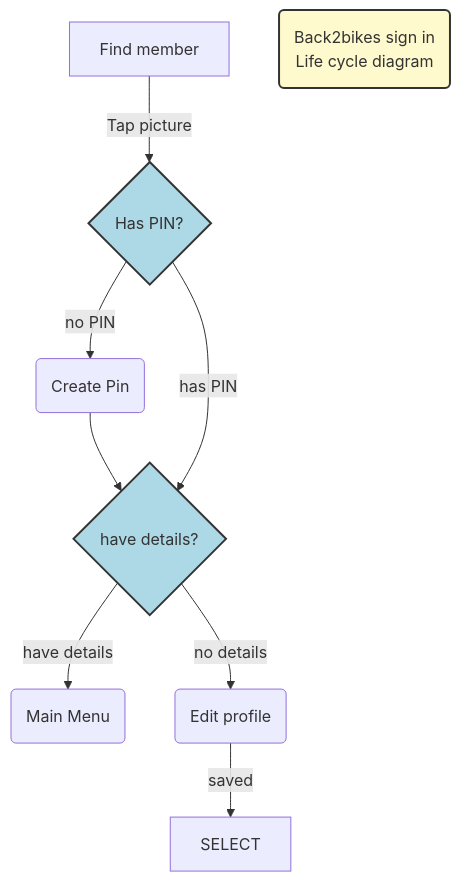
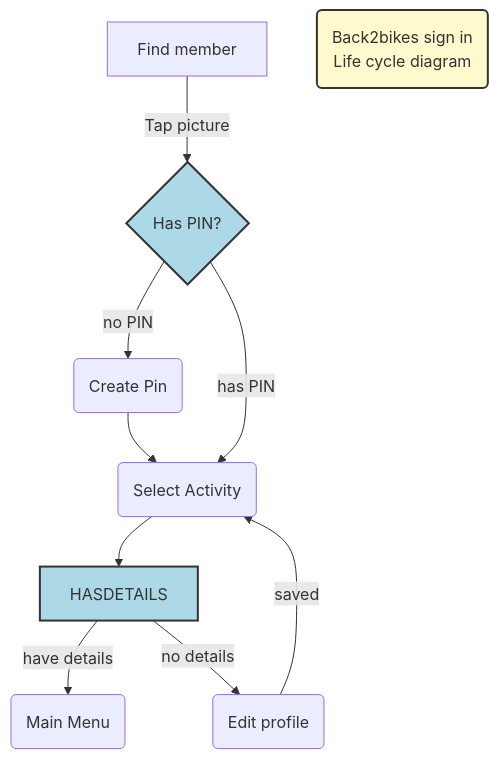
Before and after one commit to Back2Dev/attendance: the diagram in docs/design/login-flow.md, drawn with Mermaid. The commit also changed other lines of this file, not shown here.

Commit message:
docs/design/login-flow.md updated from https://stackedit.io/

````diff
--- a/docs/design/login-flow.md
+++ b/docs/design/login-flow.md
@@ -3,17 +3,18 @@
 ```mermaid
 graph TD
 classDef green fill:#9f6,stroke:#333,stroke-width:2px
 class A green
 AA[Find member] -- Tap picture --> HASPIN{Has PIN?}
 HASPIN -- no PIN --> CP(Create Pin)
-CP --> HASDETAILS{have details?}
+CP --> SELECT(Select Activity)
+SELECT --> HASDETAILS
 HASDETAILS -- have details --> RETURN(Main Menu)
 HASDETAILS -- no details --> EDIT(Edit profile)
-HASPIN -- has PIN --> HASDETAILS
+HASPIN -- has PIN --> SELECT
 EDIT -- saved --> SELECT
 LEGEND(Back2bikes sign in<br>Life cycle diagram)
 
 style LEGEND fill:lemonchiffon,stroke:#333,stroke-width:2px
 style HASPIN fill:lightblue,stroke:#333,stroke-width:2px
 style HASDETAILS fill:lightblue,stroke:#333,stroke-width:2px
 ```
````
